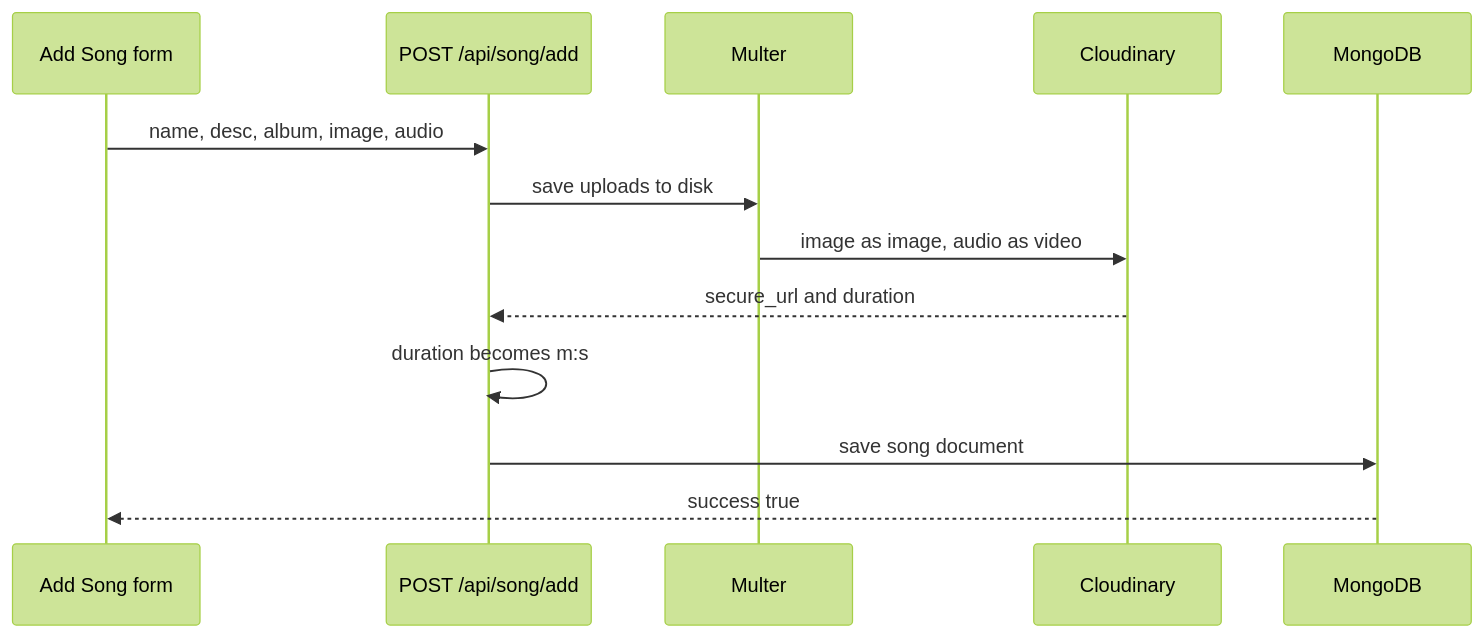
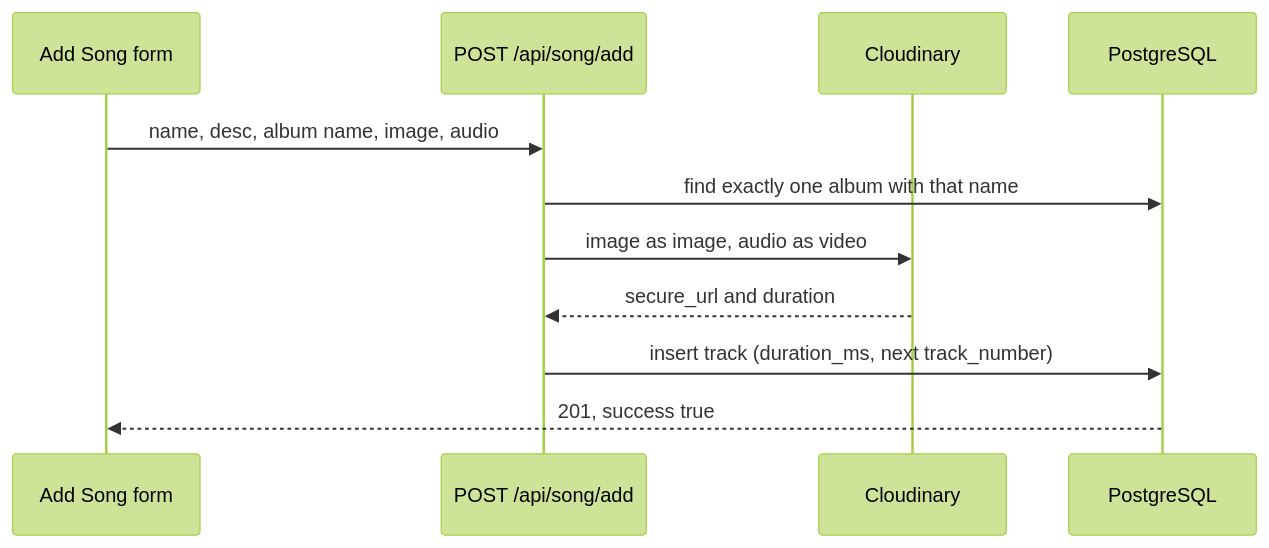
Before and after one commit to kuldeepsinghr/Spotify-clone: the fifth of 5 diagrams in ARCHITECTURE.md, drawn with Mermaid (forest theme). The commit also changed other lines of this file and 67 other files, not shown here.

````diff
--- a/ARCHITECTURE.md
+++ b/ARCHITECTURE.md
@@ -146,16 +157,14 @@
 ```mermaid
 sequenceDiagram
   participant Admin as Add Song form
   participant API as POST /api/song/add
-  participant Multer as Multer
   participant CDN as Cloudinary
-  participant DB as MongoDB
+  participant DB as PostgreSQL
 
-  Admin->>API: name, desc, album, image, audio
-  API->>Multer: save uploads to disk
-  Multer->>CDN: image as image, audio as video
+  Admin->>API: name, desc, album name, image, audio
+  API->>DB: find exactly one album with that name
+  API->>CDN: image as image, audio as video
   CDN-->>API: secure_url and duration
-  API->>API: duration becomes m:s
-  API->>DB: save song document
-  DB-->>Admin: success true
+  API->>DB: insert track (duration_ms, next track_number)
+  DB-->>Admin: 201, success true
 ```
````
